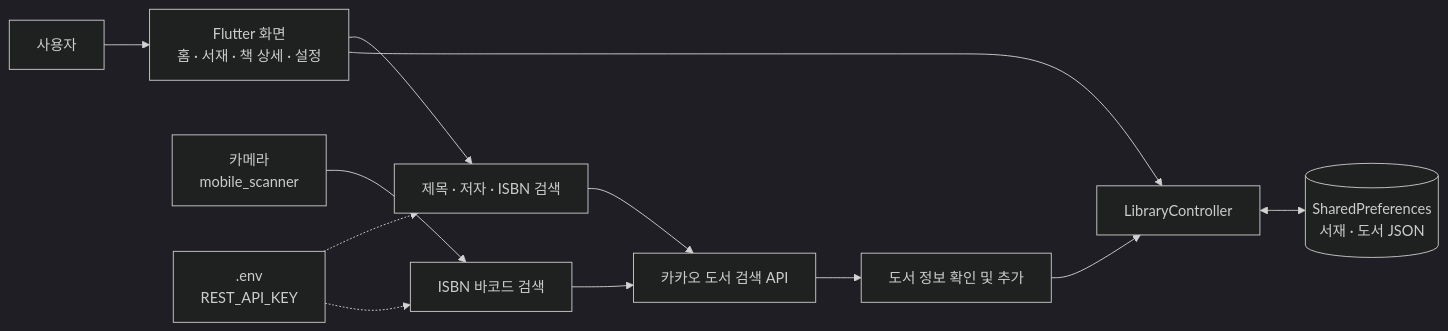
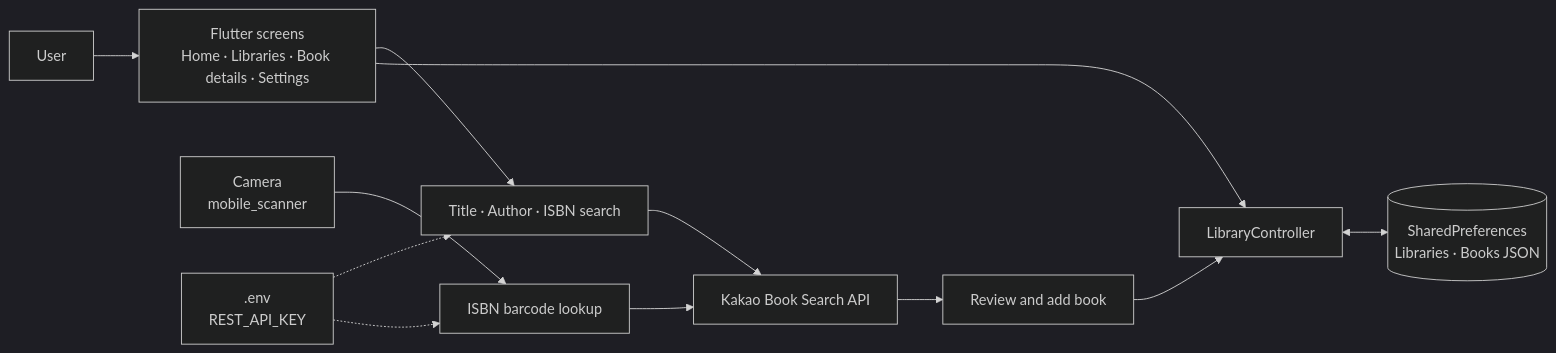
Before and after one commit to kimrasng/HomeLibrary: the diagram in README.md, drawn with Mermaid (dark theme). The commit also changed other lines of this file and 1 other file, not shown here.

````diff
--- a/README.md
+++ b/README.md
@@ -64,14 +66,14 @@
 ```mermaid
 flowchart LR
-    User["사용자"] --> UI["Flutter 화면<br/>홈 · 서재 · 책 상세 · 설정"]
-    Camera["카메라<br/>mobile_scanner"] --> Scan["ISBN 바코드 검색"]
-    UI --> Search["제목 · 저자 · ISBN 검색"]
-    Search --> Kakao["카카오 도서 검색 API"]
+    User["User"] --> UI["Flutter screens<br/>Home · Libraries · Book details · Settings"]
+    Camera["Camera<br/>mobile_scanner"] --> Scan["ISBN barcode lookup"]
+    UI --> Search["Title · Author · ISBN search"]
+    Search --> Kakao["Kakao Book Search API"]
     Scan --> Kakao
-    Kakao --> Add["도서 정보 확인 및 추가"]
+    Kakao --> Add["Review and add book"]
     Add --> Controller["LibraryController"]
     UI --> Controller
-    Controller <--> Storage[("SharedPreferences<br/>서재 · 도서 JSON")]
+    Controller <--> Storage[("SharedPreferences<br/>Libraries · Books JSON")]
     Env[".env<br/>REST_API_KEY"] -.-> Search
     Env -.-> Scan
 ```
````
